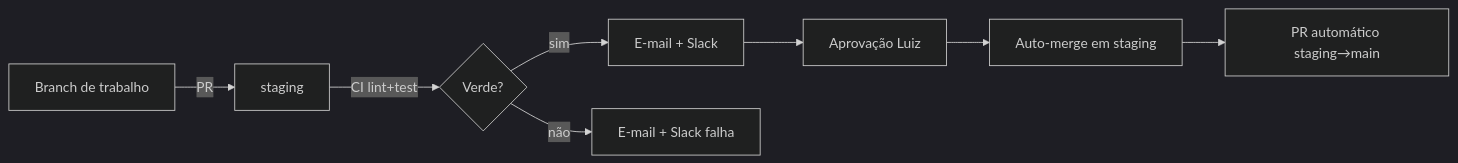
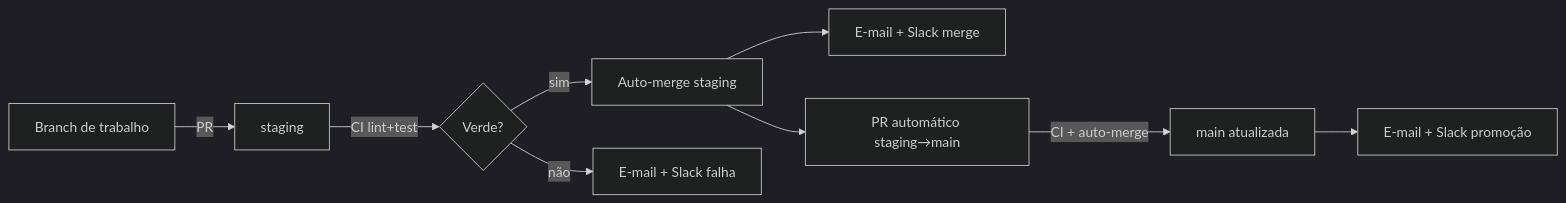
The diagram in docs/operacao-repositorio.md (LuizGustavoVJ/Brain-Cursor), drawn with Mermaid (dark theme) before and after one commit. The commit also changed other lines of this file and 9 other files, not shown here.

First line of the commit message:
feat(ci): esteira full-auto, alertas e rollback pós-merge

````diff
--- a/docs/operacao-repositorio.md
+++ b/docs/operacao-repositorio.md
@@ -38,10 +34,11 @@
 ```mermaid
 flowchart LR
   A[Branch de trabalho] -->|PR| B[staging]
   B -->|CI lint+test| C{Verde?}
-  C -->|sim| D[E-mail + Slack]
+  C -->|sim| D[Auto-merge staging]
   C -->|não| E[E-mail + Slack falha]
-  D --> F[Aprovação Luiz]
-  F --> G[Auto-merge em staging]
-  G --> H[PR automático staging→main]
+  D --> F[E-mail + Slack merge]
+  D --> G[PR automático staging→main]
+  G -->|CI + auto-merge| H[main atualizada]
+  H --> I[E-mail + Slack promoção]
 ```
````
